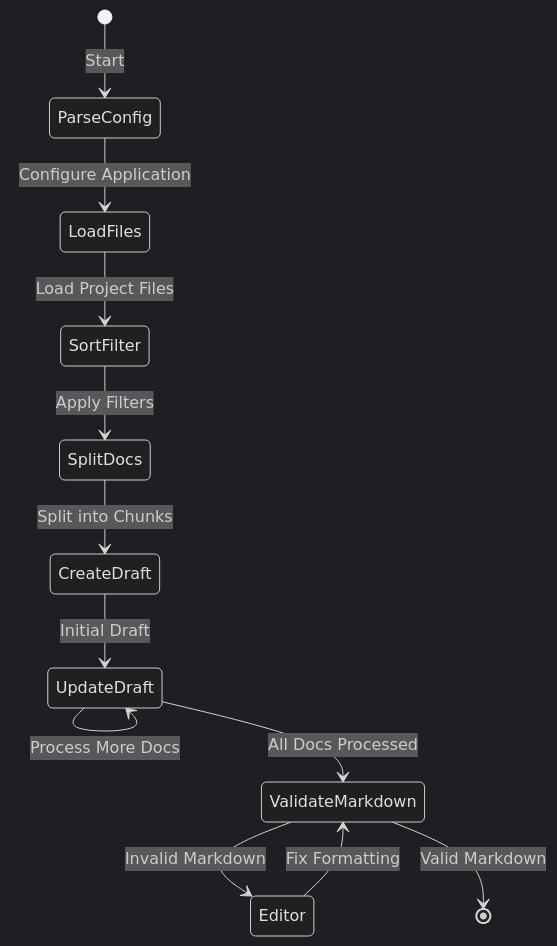
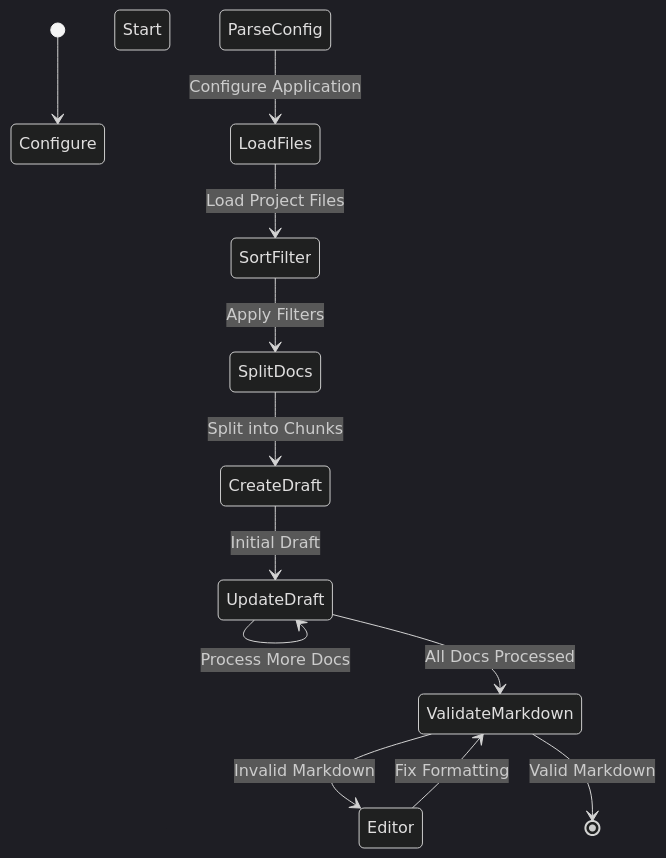
One commit to xvnpw/ai-security-analyzer changed the diagram in README.md. Above: the diagram before and after it, drawn with Mermaid (dark theme).

````diff
--- a/README.md
+++ b/README.md
@@ -120,14 +120,14 @@
 ```mermaid
 stateDiagram-v2
-    [*] --> ParseConfig: Start
+    [*] --> Configure Application: Start
     ParseConfig --> LoadFiles: Configure Application
     LoadFiles --> SortFilter: Load Project Files
     SortFilter --> SplitDocs: Apply Filters
     SplitDocs --> CreateDraft: Split into Chunks
     CreateDraft --> UpdateDraft: Initial Draft
     UpdateDraft --> UpdateDraft: Process More Docs
     UpdateDraft --> ValidateMarkdown: All Docs Processed
     ValidateMarkdown --> Editor: Invalid Markdown
     Editor --> ValidateMarkdown: Fix Formatting
     ValidateMarkdown --> [*]: Valid Markdown
 ```
````
